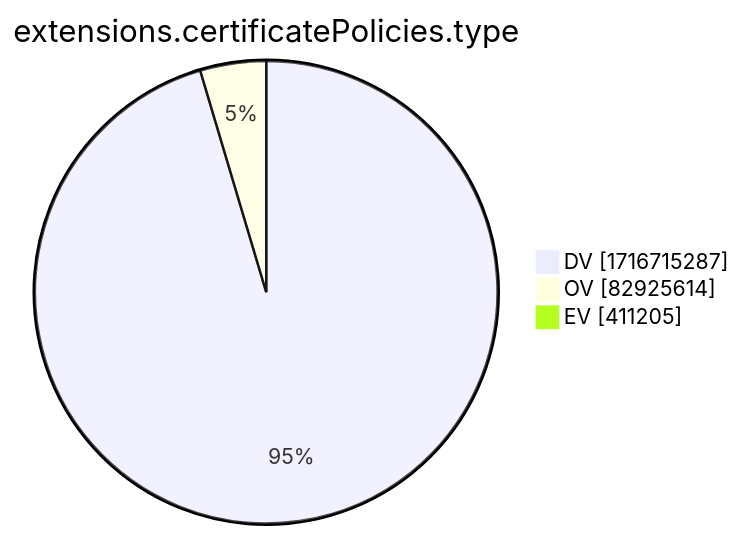
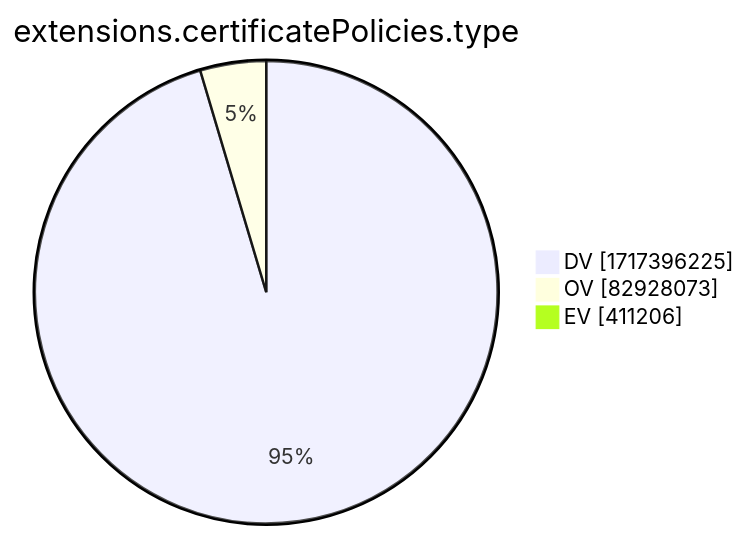
Before and after one commit to christiankrug/ctmonitor_visualization: the tenth of 15 diagrams in xenon2022/README.md, drawn with Mermaid. The commit also changed other lines of this file, not shown here.

````diff
--- a/xenon2022/README.md
+++ b/xenon2022/README.md
@@ -2881,7 +2881,7 @@
 ```mermaid
 pie showData
 title extensions.certificatePolicies.type
-"DV" :1716715287
-"OV" :82925614
-"EV" :411205
+"DV" :1717396225
+"OV" :82928073
+"EV" :411206
 ```
````
